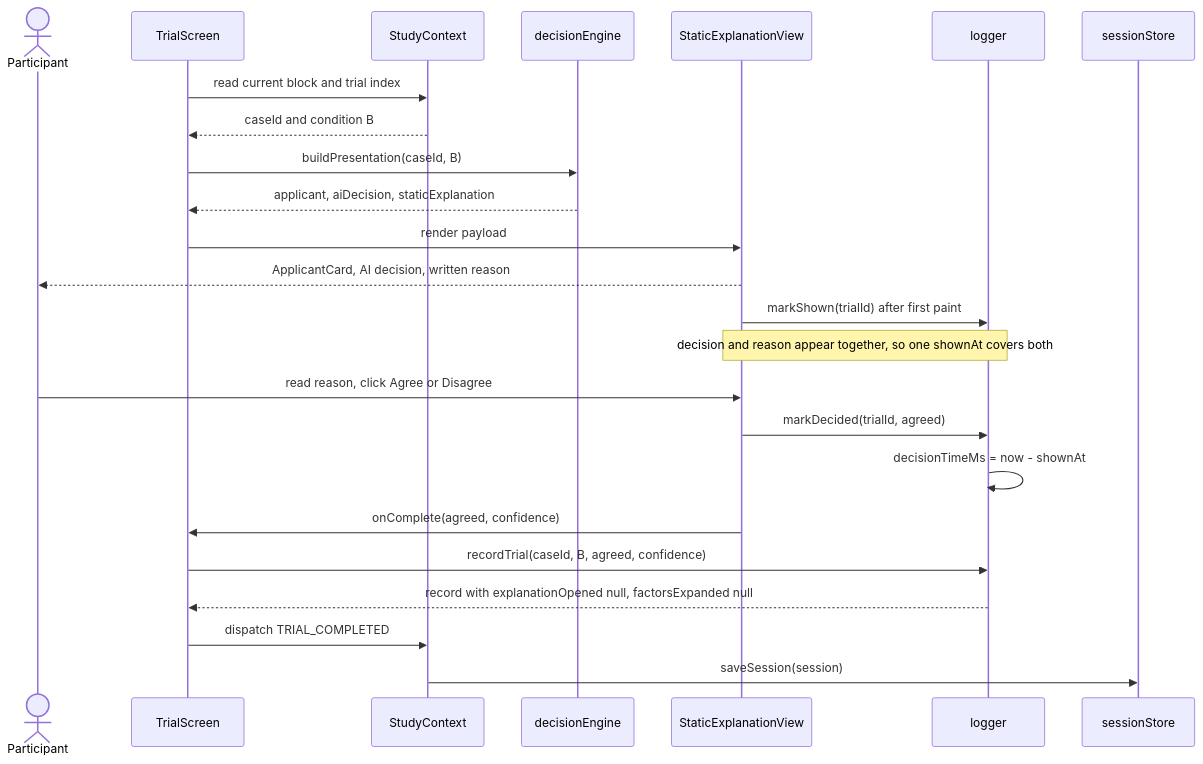
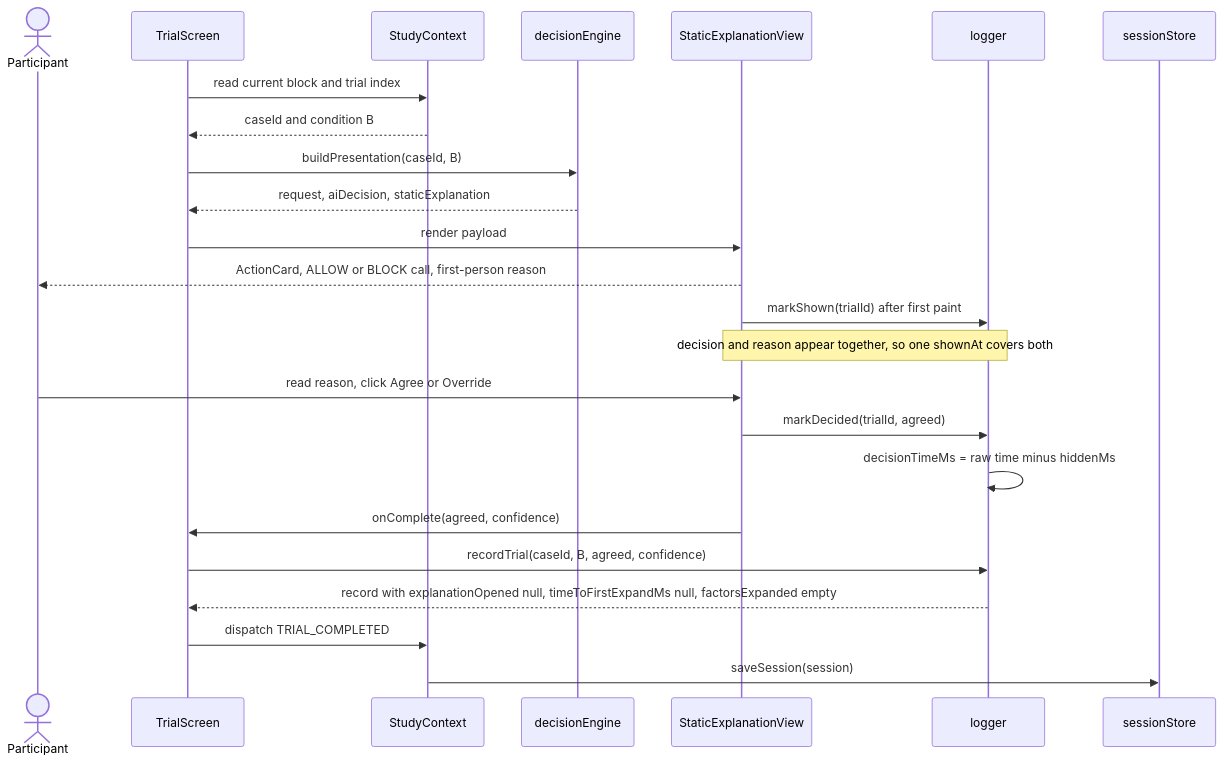
One commit to bibekgupta3333/HCI changed the third of 8 diagrams in docs/sequence-diagrams.md. Above: the diagram before and after it, drawn with Mermaid. The commit also changed other lines of this file and 10 other files, not shown here.

````diff
--- a/docs/sequence-diagrams.md
+++ b/docs/sequence-diagrams.md
@@ -138,27 +141,27 @@
 ```mermaid
 sequenceDiagram
     actor P as Participant
     participant Trial as TrialScreen
     participant SC as StudyContext
     participant DE as decisionEngine
     participant View as StaticExplanationView
     participant Log as logger
     participant SS as sessionStore
 
     Trial->>SC: read current block and trial index
     SC-->>Trial: caseId and condition B
     Trial->>DE: buildPresentation(caseId, B)
-    DE-->>Trial: applicant, aiDecision, staticExplanation
+    DE-->>Trial: request, aiDecision, staticExplanation
     Trial->>View: render payload
-    View-->>P: ApplicantCard, AI decision, written reason
+    View-->>P: ActionCard, ALLOW or BLOCK call, first-person reason
     View->>Log: markShown(trialId) after first paint
     Note over View,Log: decision and reason appear together, so one shownAt covers both
-    P->>View: read reason, click Agree or Disagree
+    P->>View: read reason, click Agree or Override
     View->>Log: markDecided(trialId, agreed)
-    Log->>Log: decisionTimeMs = now - shownAt
+    Log->>Log: decisionTimeMs = raw time minus hiddenMs
     View->>Trial: onComplete(agreed, confidence)
     Trial->>Log: recordTrial(caseId, B, agreed, confidence)
-    Log-->>Trial: record with explanationOpened null, factorsExpanded null
+    Log-->>Trial: record with explanationOpened null, timeToFirstExpandMs null, factorsExpanded empty
     Trial->>SC: dispatch TRIAL_COMPLETED
     SC->>SS: saveSession(session)
 ```
````
